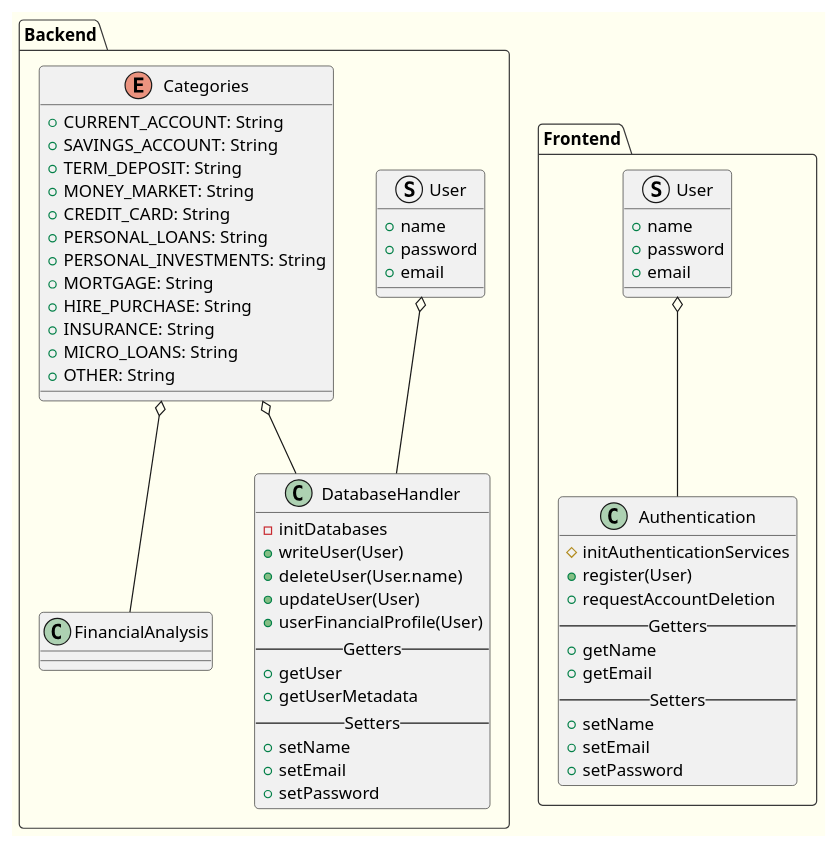
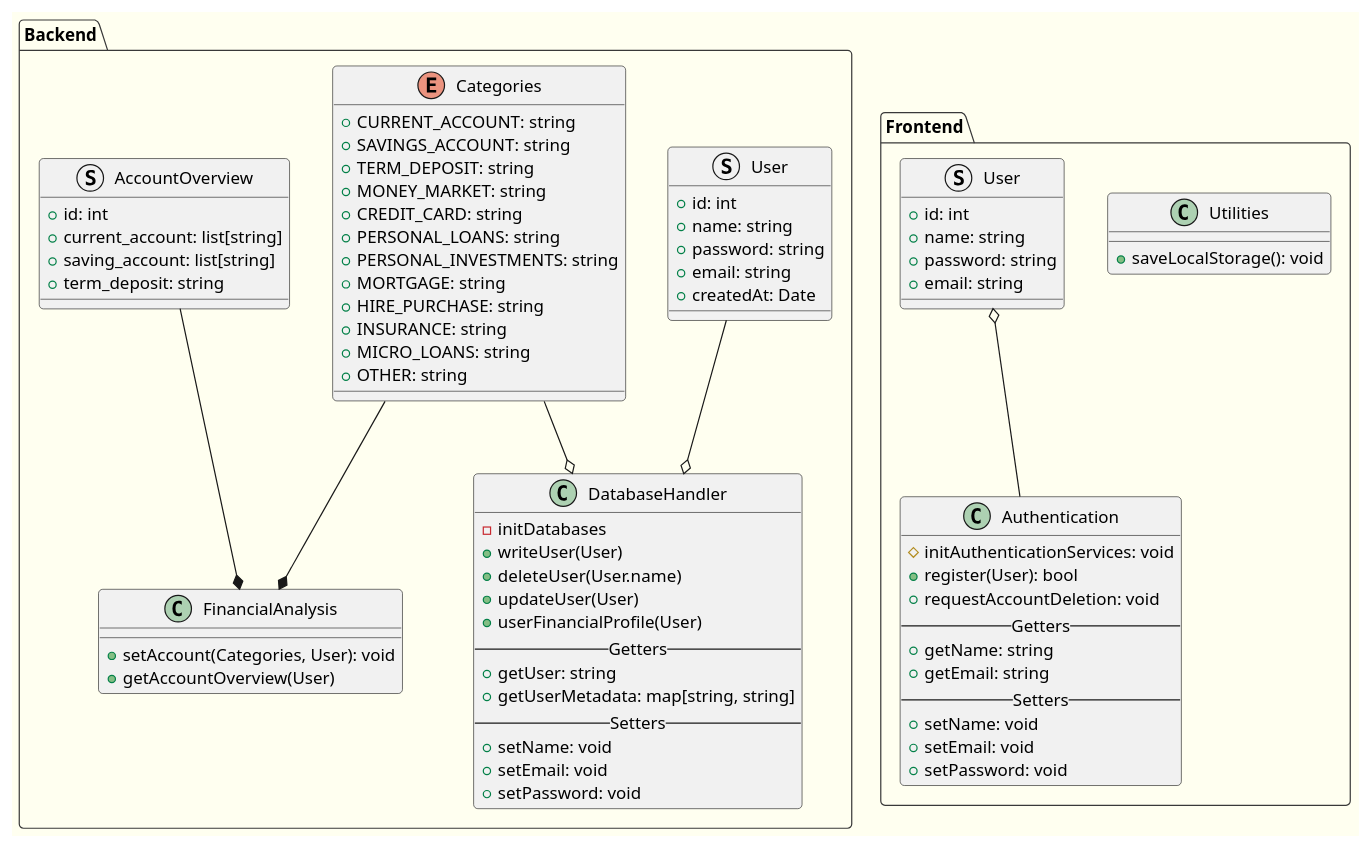
One commit to ctkqiang/PayNetHackathon changed the diagram in PayNetHackathonArchitecture/LOGIC_COMPONENTS.puml. Above: the diagram before and after it, drawn with PlantUML.

Commit message:
feat: Update README with project overview, structure, and diagrams
- Added project overview and key features of Paynet PFM.
- Updated project structure section to include backend, frontend, and documentation details.
- Provided links to backend and frontend setup guides for easy access.
- Added diagrams section with references to the App Flow and Logic Components diagrams.
- Included team information and contributing guidelines.

This update improves documentation clarity for new contributors and team members.

refer issue: #4

```diff
--- a/PayNetHackathonArchitecture/LOGIC_COMPONENTS.puml
+++ b/PayNetHackathonArchitecture/LOGIC_COMPONENTS.puml
@@ -1,78 +1,95 @@
 @startuml Logic Components
 
 !theme mars
 
 skinparam handwritten false
 skinparam shadowing false
 skinparam backgroundColor #FFFFF0
 
 package Backend {
     class DatabaseHandler {
         - initDatabases
         + writeUser(User)
         + deleteUser(User.name)
         + updateUser(User)
         + userFinancialProfile(User)
         --Getters--
-        + getUser
-        + getUserMetadata
+        + getUser: string
+        + getUserMetadata: map[string, string]
         --Setters--
-        + setName
-        + setEmail
-        + setPassword
+        + setName: void
+        + setEmail: void
+        + setPassword: void
     }
 
     struct User {
-        + name
-        + password
-        + email
+        + id: int
+        + name: string
+        + password: string
+        + email: string
+        + createdAt: Date
     }
 
     enum Categories {
-        + CURRENT_ACCOUNT: String
-        + SAVINGS_ACCOUNT: String
-        + TERM_DEPOSIT: String
-        + MONEY_MARKET: String
-        + CREDIT_CARD: String
-        + PERSONAL_LOANS: String
-        + PERSONAL_INVESTMENTS: String
-        + MORTGAGE: String
-        + HIRE_PURCHASE: String
-        + INSURANCE: String
-        + MICRO_LOANS: String
-        + OTHER: String
+        + CURRENT_ACCOUNT: string
+        + SAVINGS_ACCOUNT: string
+        + TERM_DEPOSIT: string
+        + MONEY_MARKET: string
+        + CREDIT_CARD: string
+        + PERSONAL_LOANS: string
+        + PERSONAL_INVESTMENTS: string
+        + MORTGAGE: string
+        + HIRE_PURCHASE: string
+        + INSURANCE: string
+        + MICRO_LOANS: string
+        + OTHER: string
+    }
+
+    struct AccountOverview {
+        + id: int
+        + current_account: list[string]
+        + saving_account: list[string]
+        + term_deposit: string
+
     }
 
     class FinancialAnalysis {
-        
+        + setAccount(Categories, User): void
+        + getAccountOverview(User) 
     }
 
-    User o-- DatabaseHandler
-    Categories o-- FinancialAnalysis
-    Categories o-- DatabaseHandler
+    User --o DatabaseHandler
+    Categories --* FinancialAnalysis
+    Categories --o DatabaseHandler
+    AccountOverview --* FinancialAnalysis
 }
 
 package Frontend {
     class Authentication {
-        # initAuthenticationServices
-        + register(User)
-        + requestAccountDeletion
+        # initAuthenticationServices: void
+        + register(User): bool
+        + requestAccountDeletion: void
         --Getters--
-        + getName
-        + getEmail
+        + getName: string
+        + getEmail: string
         --Setters--
-        + setName
-        + setEmail
-        + setPassword
+        + setName: void
+        + setEmail: void
+        + setPassword: void
+    }
+
+    class Utilities {
+        + saveLocalStorage(): void
     }
 
     struct User {
-        + name
-        + password
-        + email
+        + id: int
+        + name: string
+        + password: string 
+        + email: string
     }
 
     User o-- Authentication
 }
 
 @enduml
```
